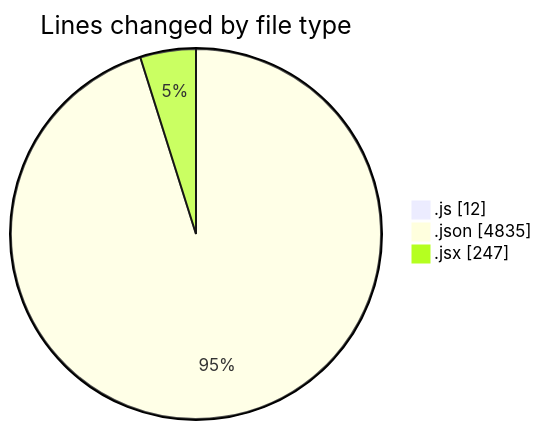
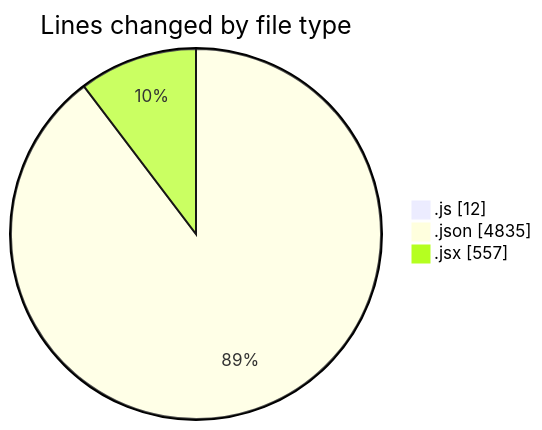
Before and after one commit to nxtqubesakshisongat/code-tracking: the first of 2 diagrams in 2026-11-21/nashik-misal-queue/README.md, drawn with Mermaid. The commit also changed other lines of this file and 1 other file, not shown here.

````diff
--- a/2026-11-21/nashik-misal-queue/README.md
+++ b/2026-11-21/nashik-misal-queue/README.md
@@ -25,7 +26,7 @@
 ```mermaid
 pie showData
 title Lines changed by file type
 ".js" : 12
 ".json" : 4835
-".jsx" : 247
+".jsx" : 557
 ```
````
